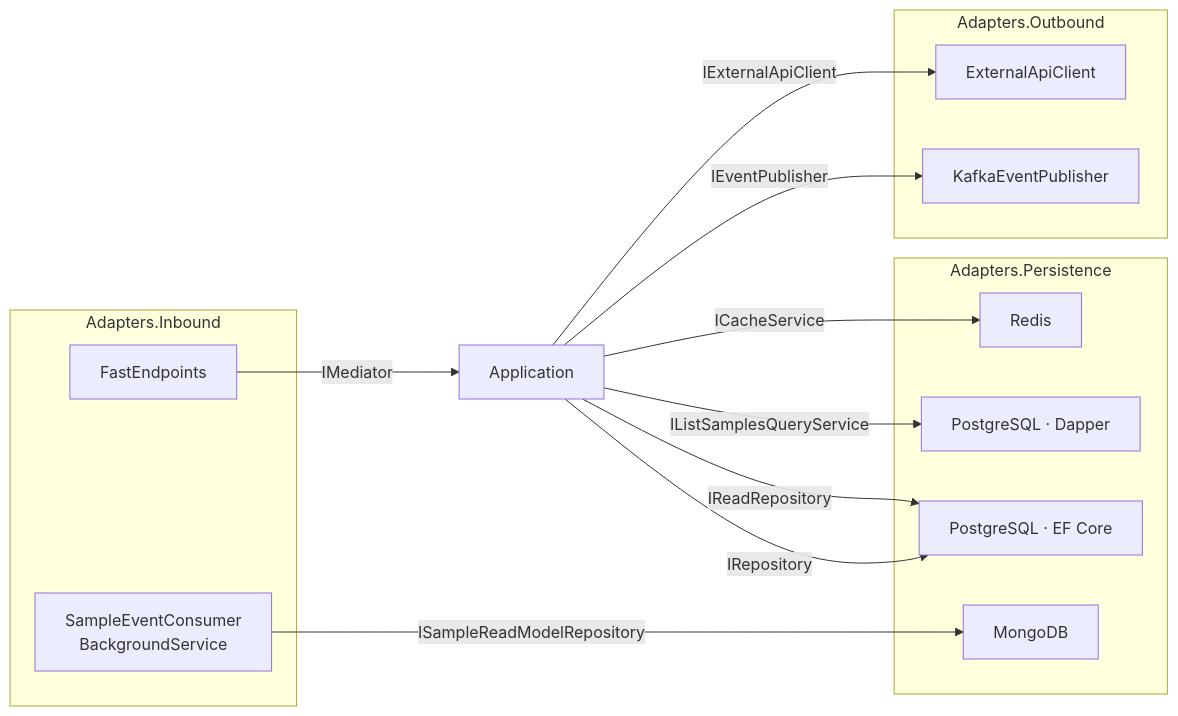
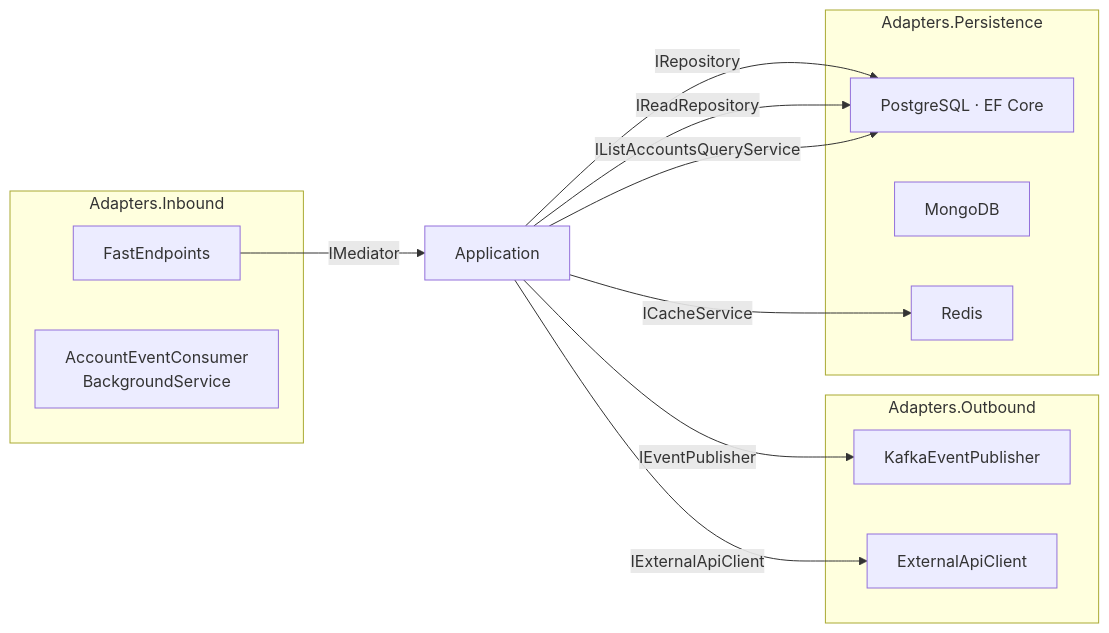
Before and after one commit to lurodrisilva/net-hexagonal: the diagram in docs/adapters.md, drawn with Mermaid. The commit also changed other lines of this file and 10 other files, not shown here.

````diff
--- a/docs/adapters.md
+++ b/docs/adapters.md
@@ -5,28 +5,26 @@
 ```mermaid
 flowchart LR
     subgraph Inbound["Adapters.Inbound"]
         EP[FastEndpoints]
-        KC[SampleEventConsumer<br/>BackgroundService]
+        KC[AccountEventConsumer<br/>BackgroundService]
     end
 
     subgraph Outbound["Adapters.Outbound"]
         KP[KafkaEventPublisher]
         HC[ExternalApiClient]
     end
 
     subgraph Persistence["Adapters.Persistence"]
         PG[PostgreSQL · EF Core]
-        DAP[PostgreSQL · Dapper]
         MON[MongoDB]
         RED[Redis]
     end
 
     EP -->|IMediator| APP[Application]
     APP -->|IRepository| PG
     APP -->|IReadRepository| PG
-    APP -->|IListSamplesQueryService| DAP
+    APP -->|IListAccountsQueryService| PG
     APP -->|ICacheService| RED
     APP -->|IEventPublisher| KP
     APP -->|IExternalApiClient| HC
-    KC -->|ISampleReadModelRepository| MON
 ```
````
